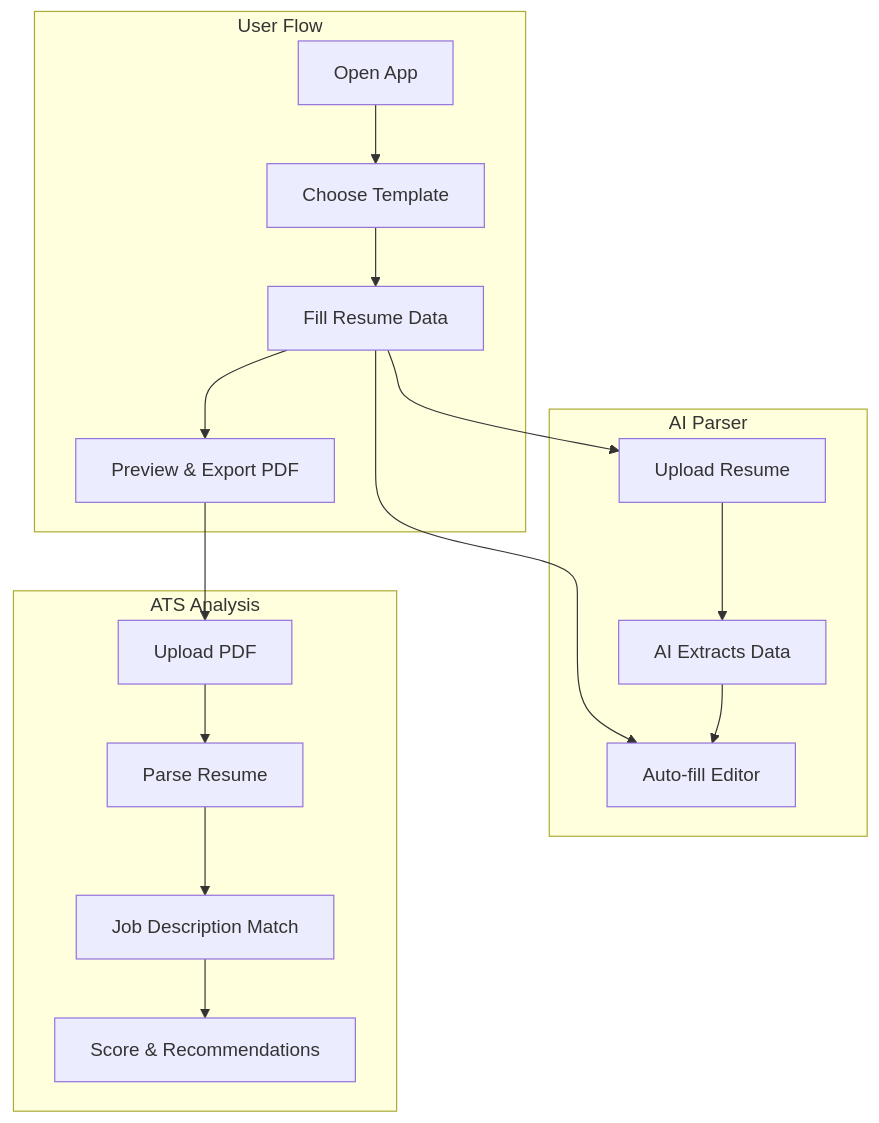
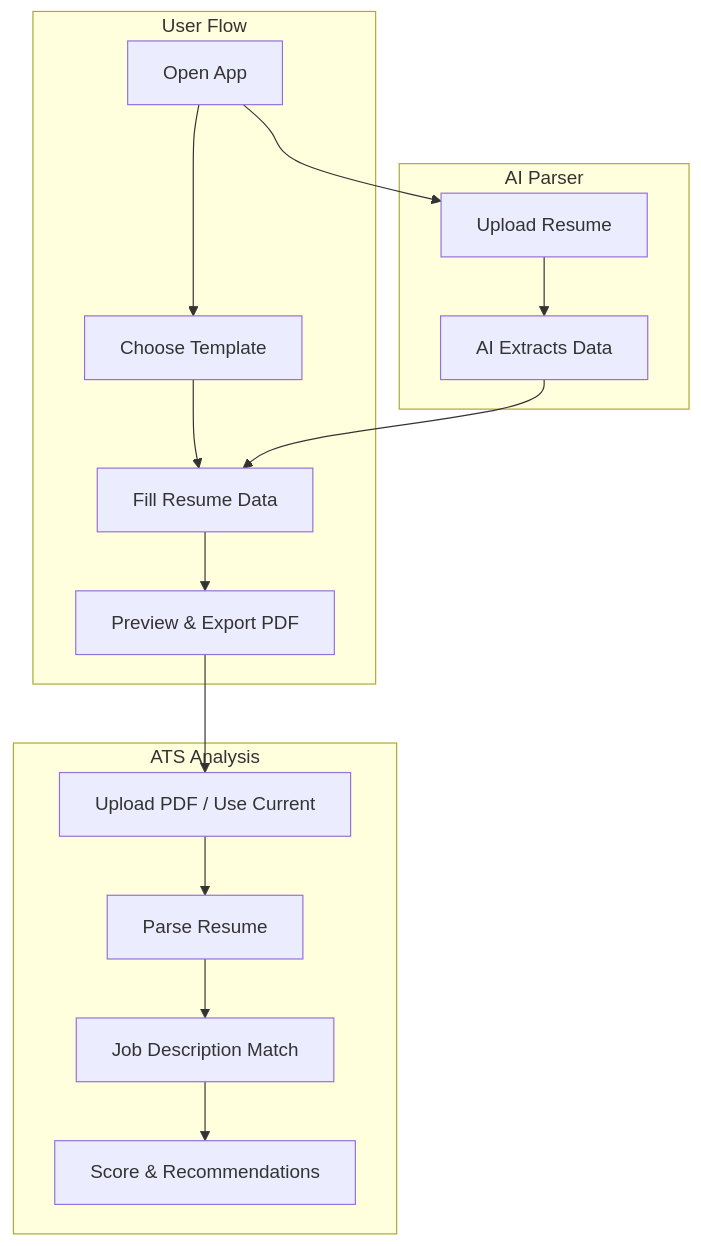
Before and after one commit to otavio-lemos/ResuMatch: the diagram in README.md, drawn with Mermaid.

Commit message:
docs: fix Mermaid diagram flow - AI Parser and ATS Analysis connections

````diff
--- a/README.md
+++ b/README.md
@@ -28,23 +28,21 @@
 ```mermaid
 flowchart TB
     subgraph User["User Flow"]
         A[Open App] --> B[Choose Template]
         B --> C[Fill Resume Data]
         C --> D[Preview & Export PDF]
     end
 
     subgraph AIParser["AI Parser"]
-        E[Upload Resume] --> F[AI Extracts Data]
-        F --> G[Auto-fill Editor]
+        A --> E[Upload Resume]
+        E --> F[AI Extracts Data]
+        F --> C
     end
 
     subgraph ATS["ATS Analysis"]
-        H[Upload PDF] --> I[Parse Resume]
-        I --> J[Job Description Match]
-        J --> K[Score & Recommendations]
+        D --> G[Upload PDF / Use Current]
+        G --> H[Parse Resume]
+        H --> I[Job Description Match]
+        I --> J[Score & Recommendations]
     end
-
-    C --> E
-    D --> H
-    C --> G
 ```
````
